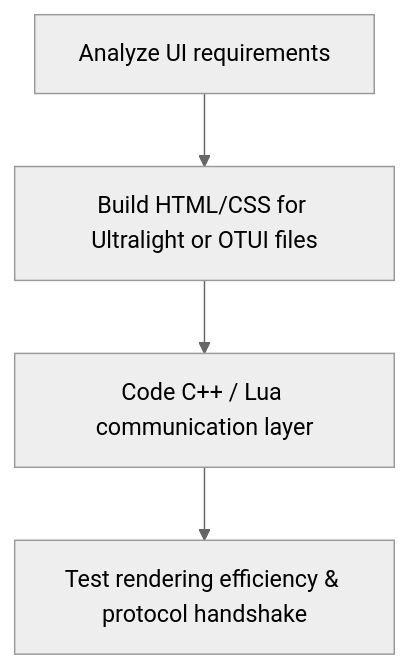
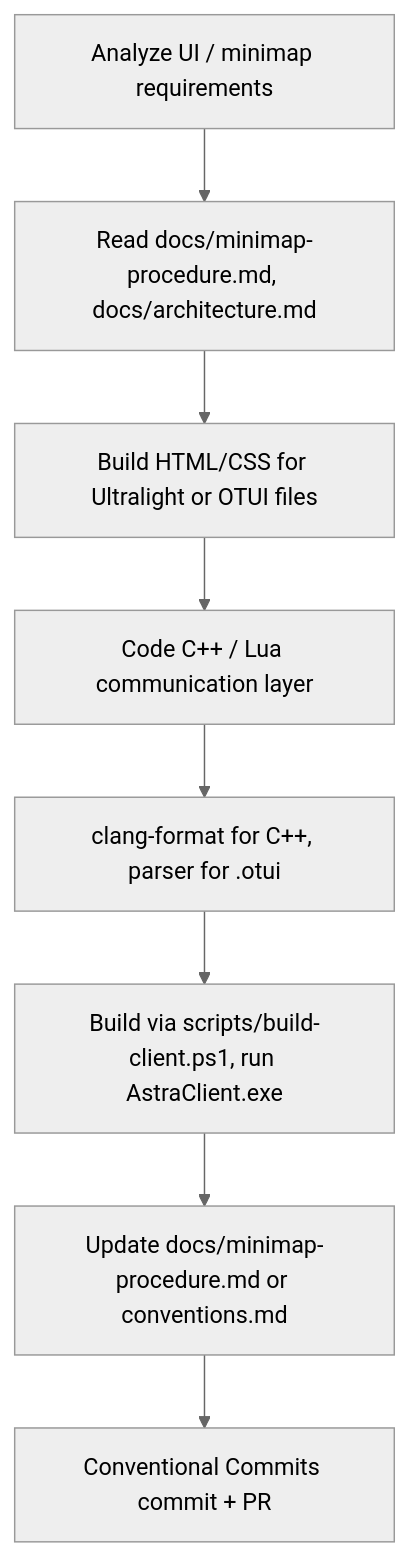
Before and after one commit to iflcosta/baiak-yourots: the diagram in docs/agents/agent_client.md, drawn with Mermaid (neutral theme). The commit also changed other lines of this file and 21 other files, not shown here.

````diff
--- a/docs/agents/agent_client.md
+++ b/docs/agents/agent_client.md
@@ -26,6 +59,10 @@
 ```mermaid
 graph TD
-    Analyze[Analyze UI requirements] --> Mockup[Build HTML/CSS for Ultralight or OTUI files]
+    Analyze[Analyze UI / minimap requirements] --> ReadDocs[Read docs/minimap-procedure.md, docs/architecture.md]
+    ReadDocs --> Mockup[Build HTML/CSS for Ultralight or OTUI files]
     Mockup --> Bind[Code C++ / Lua communication layer]
-    Bind --> Validate[Test rendering efficiency & protocol handshake]
+    Bind --> Lint[clang-format for C++, parser for .otui]
+    Lint --> LocalTest[Build via scripts/build-client.ps1, run AstraClient.exe]
+    LocalTest --> UpdateDocs[Update docs/minimap-procedure.md or conventions.md]
+    UpdateDocs --> Commit[Conventional Commits commit + PR]
 ```
````
